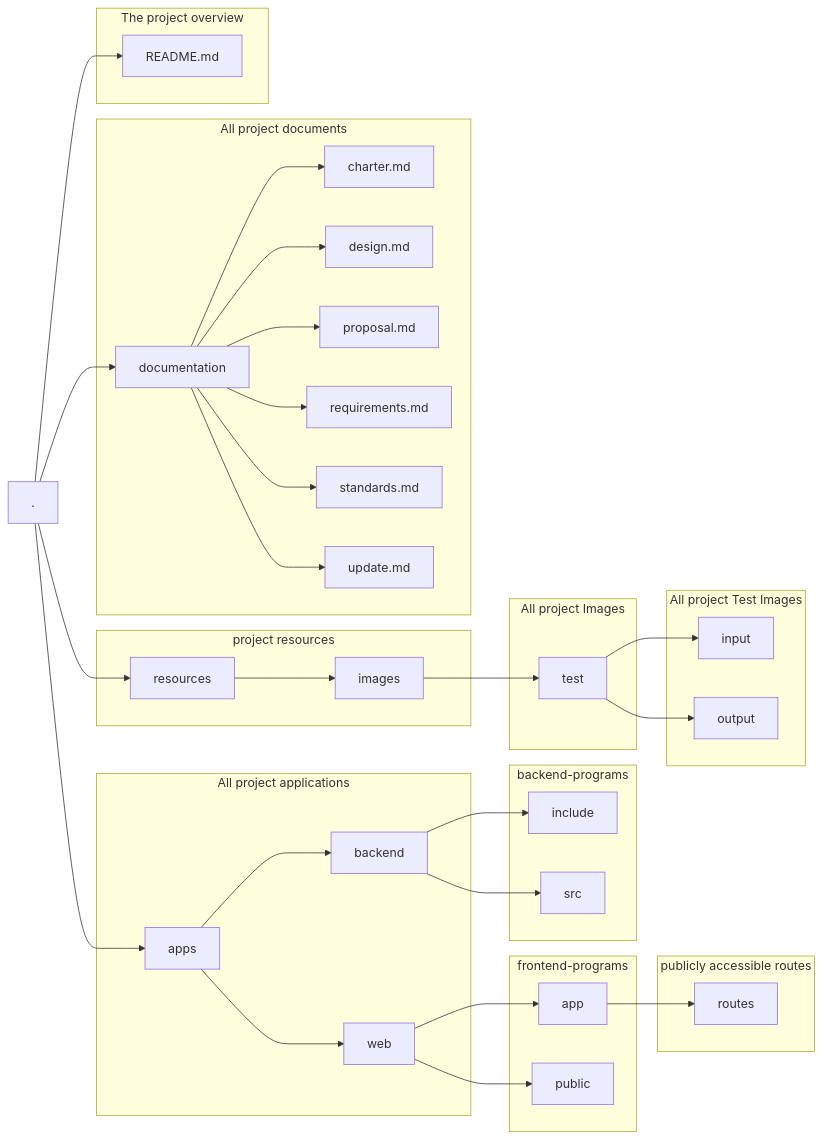
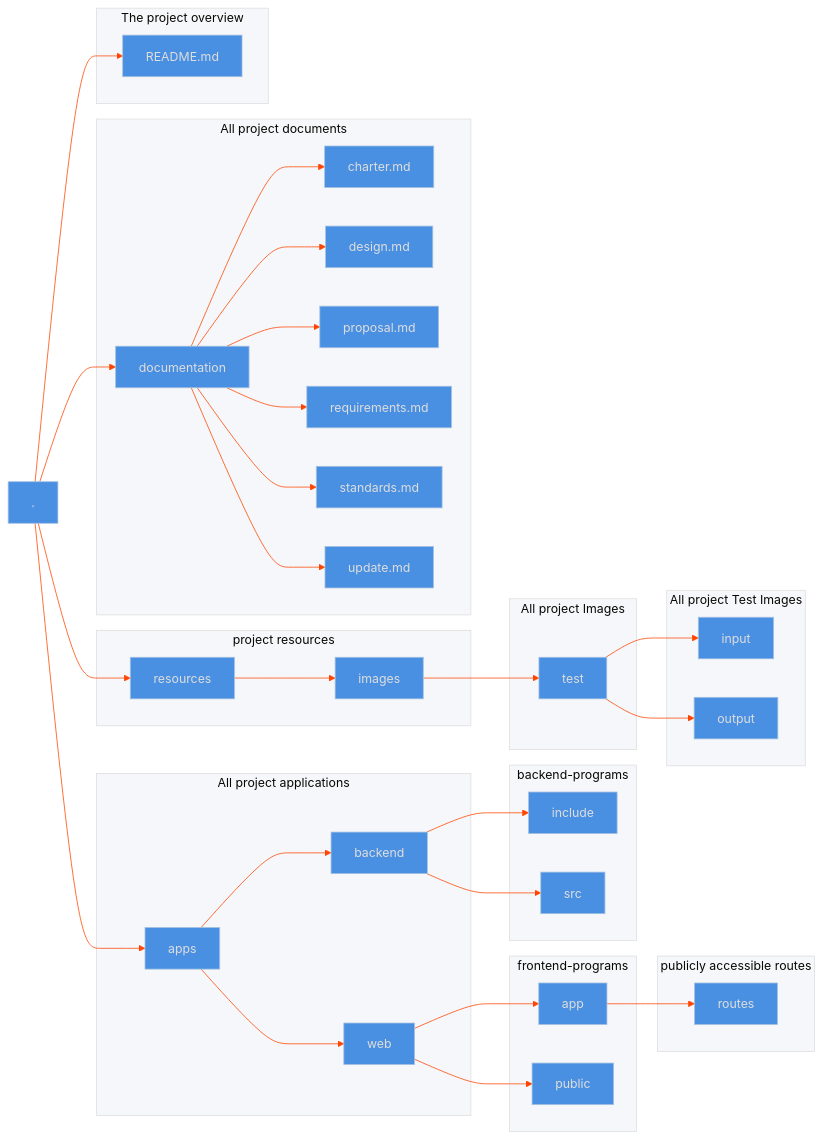
One commit to csci265-team/HiddenFrame changed the fifth of 5 diagrams in documentation/design.md. Above: the diagram before and after it, drawn with Mermaid.

Commit message:
changed theme for direcotry structure diagram

```diff
--- a/documentation/design.md
+++ b/documentation/design.md
@@ -315,47 +315,60 @@
 ~~~mermaid
 ---
 Title: Project Directory Structure
 ---
 graph LR
+ %%{
+  init: {
+    'theme': 'base',
+    'themeVariables': {
+      'primaryColor': '#4A90E2',
+      'primaryTextColor': '#ddd',
+      'primaryBorderColor': '#A6C1E0',
+      'lineColor' : '#FF4500',
+      'secondaryColor': '#20B2AA',
+      'tertiaryColor': '#F5F7FA'
+    }
+  }
+}%%
 
     root[.] --> 1[README.md]
     root --> 2[documentation]
     root --> 3[resources]
     root --> 4[apps]
     subgraph 4g[All project applications]
       4 --> 41[backend]
       4 --> 42[web]
     end
     subgraph 41g[backend-programs]
       41 --> 411[include]
       41 --> 412[src]
     end
     subgraph 42g[frontend-programs]
       42 --> 421[app]
       42 --> 422[public]
     end
     subgraph 421g[publicly accessible routes]
       421 --> 4211[routes]
     end
     subgraph 3g[project resources]
 	  3 --> 31[images]	 
     end
     subgraph 31g[All project Images]
 	  31 --> 311[test]				  	 
     end
     subgraph 312g[All project Test Images]
 	  311 --> 3111[input]
 	  311 --> 3112[output]	 
     end
     subgraph 2g[All project documents]
       2 --> 21[charter.md]
       2 --> 22[design.md]
       2 --> 23[proposal.md]
       2 --> 24[requirements.md]
       2 --> 25[standards.md]
       2 --> 26[update.md]
     end
     subgraph 1g[The project overview]
       1
     end
 ~~~
```
